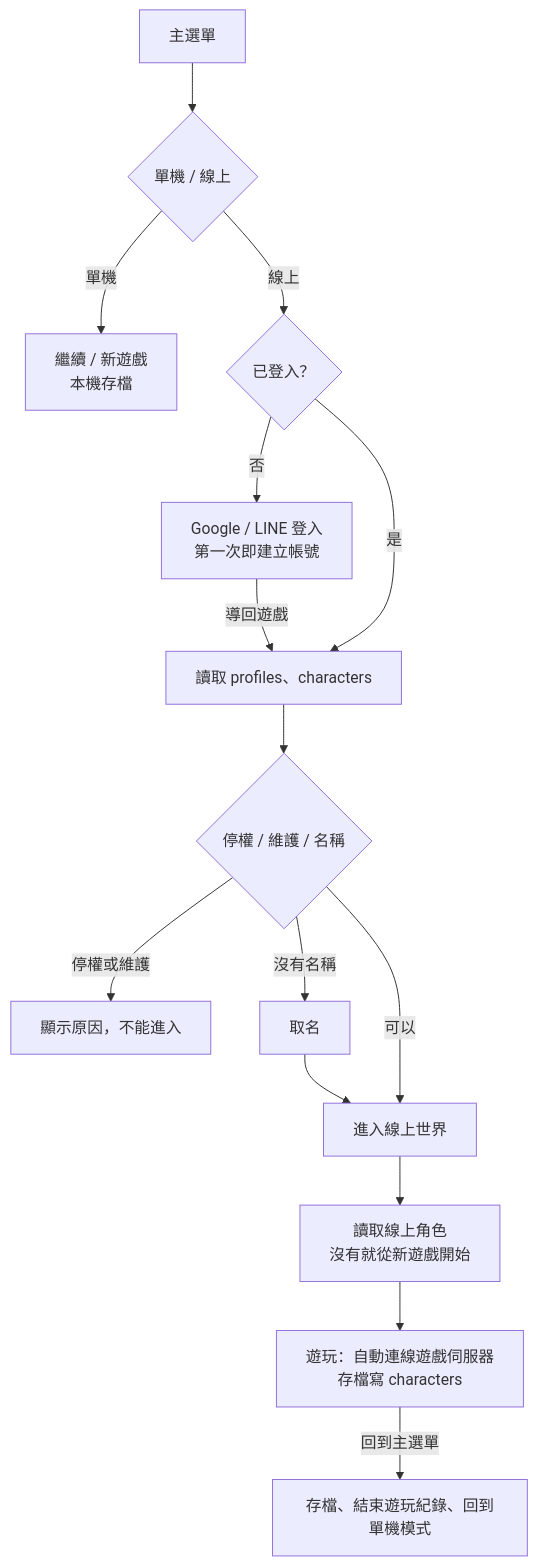
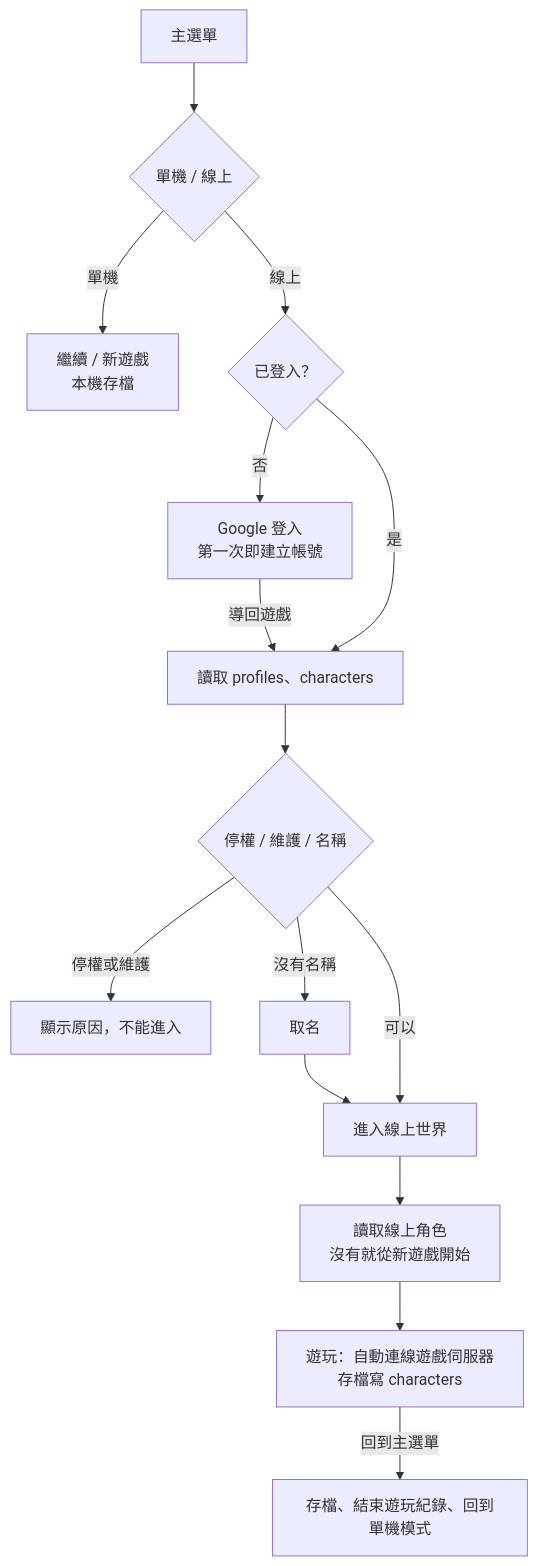
Before and after one commit to YisoTsao/misty-forest: the diagram in docs/multiplayer/ui-flow.md, drawn with Mermaid. The commit also changed other lines of this file and 58 other files, not shown here.

First line of the commit message:
任務 11M-4／11M-5：技能與按鈕圖示、移除 LINE 登入、資源包與載入加速

````diff
--- a/docs/multiplayer/ui-flow.md
+++ b/docs/multiplayer/ui-flow.md
@@ -45,16 +45,16 @@
 ```mermaid
 flowchart TD
   A[主選單] --> B{單機 / 線上}
   B -->|單機| C[繼續 / 新遊戲<br/>本機存檔]
   B -->|線上| D{已登入？}
-  D -->|否| E[Google / LINE 登入<br/>第一次即建立帳號]
+  D -->|否| E[Google 登入<br/>第一次即建立帳號]
   E -->|導回遊戲| F[讀取 profiles、characters]
   D -->|是| F
   F --> G{停權 / 維護 / 名稱}
   G -->|停權或維護| H[顯示原因，不能進入]
   G -->|沒有名稱| I[取名] --> J
   G -->|可以| J[進入線上世界]
   J --> K[讀取線上角色<br/>沒有就從新遊戲開始]
   K --> L[遊玩：自動連線遊戲伺服器<br/>存檔寫 characters]
   L -->|回到主選單| M[存檔、結束遊玩紀錄、回到單機模式]
 ```
````
